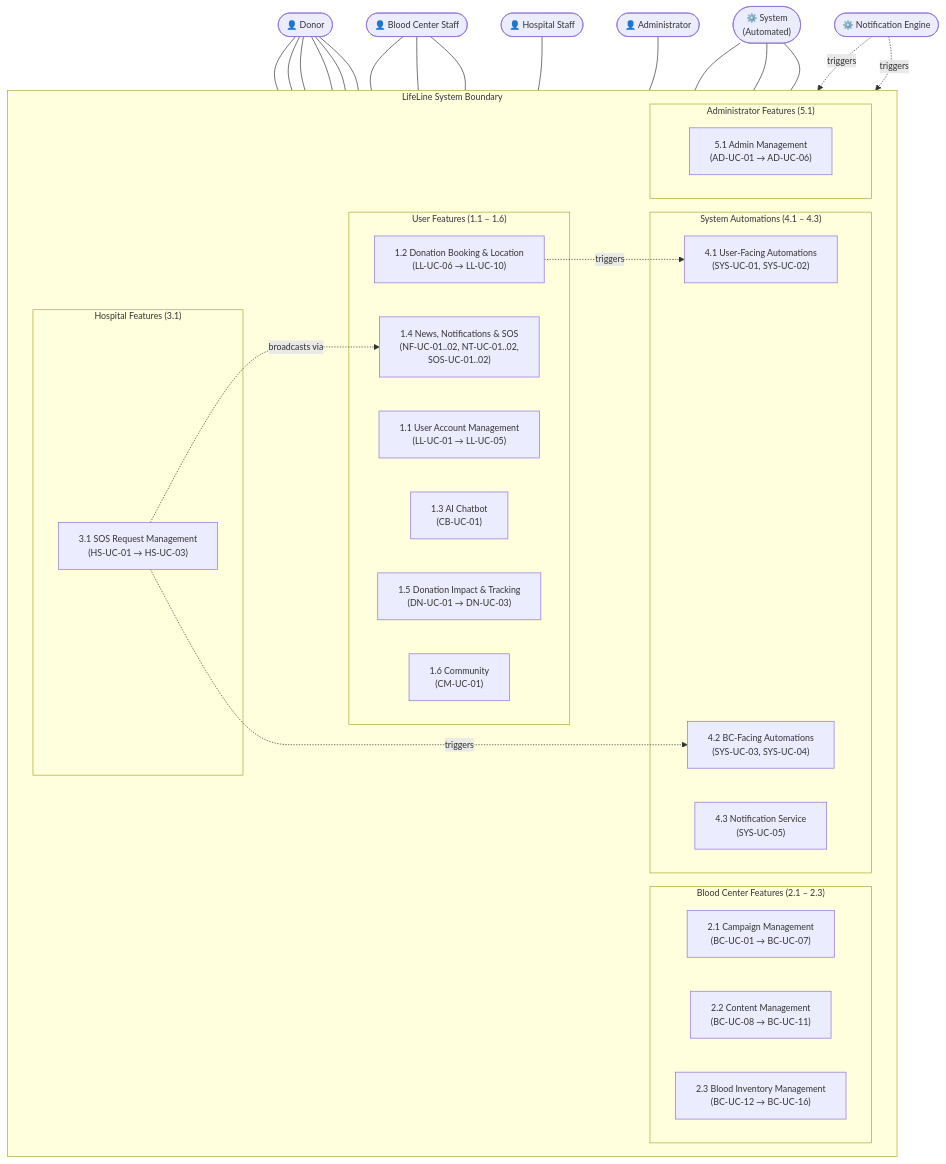
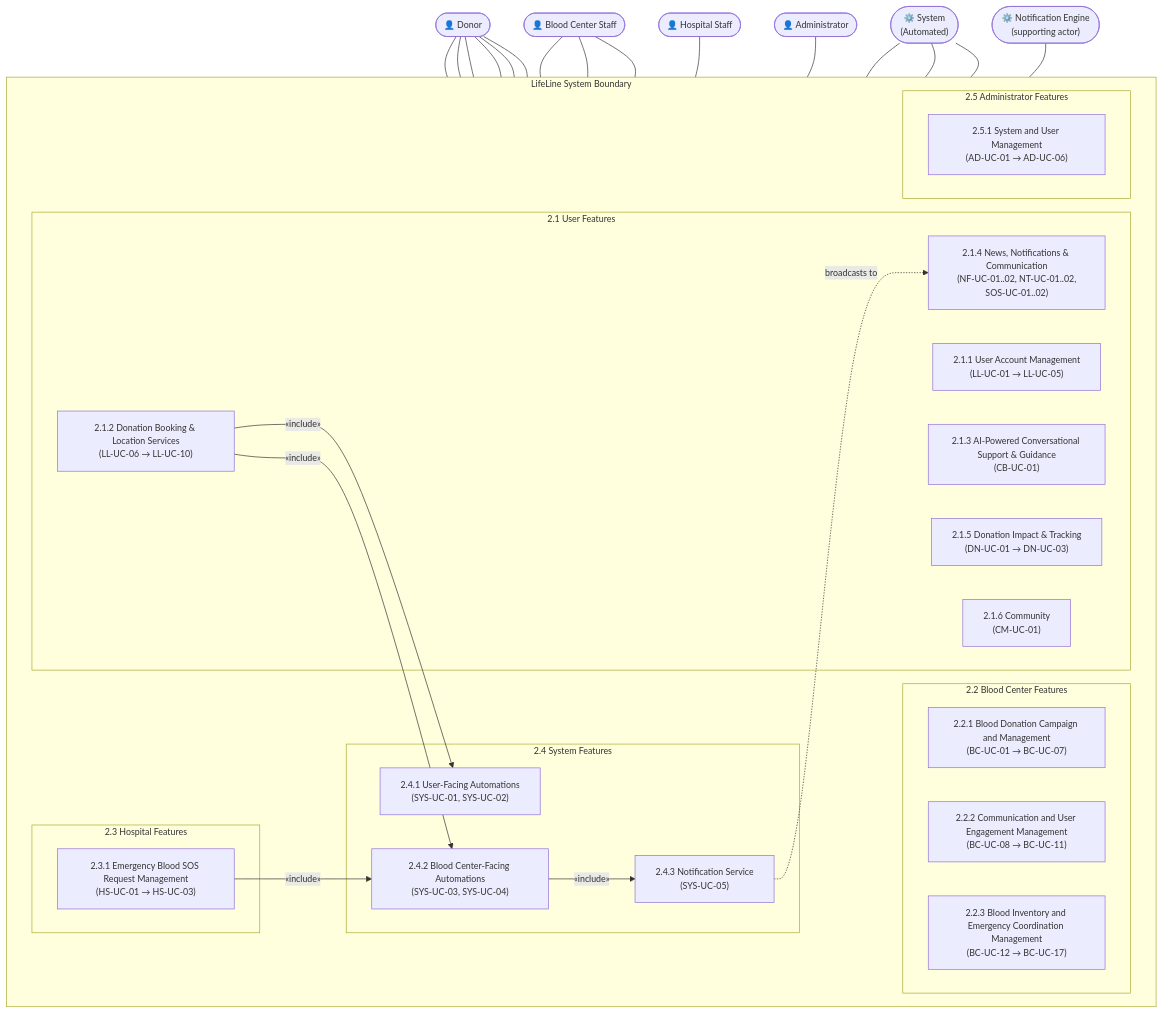
One commit to takiet2410-hub/SE-LifeLine-Project changed the sixth of 6 diagrams in src/StakeholderDocuments/UseCaseSpec.md. Above: the diagram before and after it, drawn with Mermaid. The commit also changed other lines of this file and 3 other files, not shown here.

````diff
--- a/src/StakeholderDocuments/UseCaseSpec.md
+++ b/src/StakeholderDocuments/UseCaseSpec.md
@@ -584,143 +536,74 @@
 ```mermaid
-
 %%{init: {'theme': 'default', 'themeVariables': {'fontSize': '13px'}}}%%
-
 graph TB
 
-    %% ── Actors ──────────────────────────────────────────
+    %% ── Actors ──────────────────────────────────────────
+    Donor(["👤 Donor"])
+    BCS(["👤 Blood Center Staff"])
+    HS(["👤 Hospital Staff"])
+    Admin(["👤 Administrator"])
+    SYS_ACT(["⚙️ System<br>(Automated)"])
+    NE(["⚙️ Notification Engine<br>(supporting actor)"])
 
-    Donor(["👤 Donor"])
+    subgraph LL ["LifeLine System Boundary"]
+        direction LR
 
-    BCS(["👤 Blood Center Staff"])
+        subgraph UF ["2.1 User Features"]
+            UAM["2.1.1 User Account Management<br>(LL-UC-01 → LL-UC-05)"]
+            DBS["2.1.2 Donation Booking & Location Services<br>(LL-UC-06 → LL-UC-10)"]
+            AI["2.1.3 AI-Powered Conversational Support & Guidance<br>(CB-UC-01)"]
+            NNC["2.1.4 News, Notifications & Communication<br>(NF-UC-01..02, NT-UC-01..02,<br>SOS-UC-01..02)"]
+            DIT["2.1.5 Donation Impact & Tracking<br>(DN-UC-01 → DN-UC-03)"]
+            COM["2.1.6 Community<br>(CM-UC-01)"]
+        end
 
-    HS(["👤 Hospital Staff"])
+        subgraph BCF ["2.2 Blood Center Features"]
+            CAM["2.2.1 Blood Donation Campaign and Management<br>(BC-UC-01 → BC-UC-07)"]
+            CMS["2.2.2 Communication and User Engagement Management<br>(BC-UC-08 → BC-UC-11)"]
+            INV["2.2.3 Blood Inventory and Emergency Coordination Management<br>(BC-UC-12 → BC-UC-17)"]
+        end
 
-    Admin(["👤 Administrator"])
+        subgraph HSF ["2.3 Hospital Features"]
+            SOSM["2.3.1 Emergency Blood SOS Request Management<br>(HS-UC-01 → HS-UC-03)"]
+        end
 
-    SYS_ACT(["⚙️ System<br>(Automated)"])
+        subgraph SYSF ["2.4 System Features"]
+            UFA["2.4.1 User-Facing Automations<br>(SYS-UC-01, SYS-UC-02)"]
+            BCA["2.4.2 Blood Center-Facing Automations<br>(SYS-UC-03, SYS-UC-04)"]
+            NOTIF["2.4.3 Notification Service<br>(SYS-UC-05)"]
+        end
 
-    NE(["⚙️ Notification Engine"])
+        subgraph ADMF ["2.5 Administrator Features"]
+            ADMG["2.5.1 System and User Management<br>(AD-UC-01 → AD-UC-06)"]
+        end
+    end
 
-  
+    %% ── Actor → Feature Group ───────────────────────────
+    Donor --- UAM
+    Donor --- DBS
+    Donor --- AI
+    Donor --- NNC
+    Donor --- DIT
+    Donor --- COM
 
-    subgraph LL ["LifeLine System Boundary"]
+    BCS --- CAM
+    BCS --- CMS
+    BCS --- INV
 
-        direction LR
+    HS --- SOSM
 
-  
+    Admin --- ADMG
 
-        subgraph UF ["User Features (1.1 – 1.6)"]
-
-            UAM["1.1 User Account Management<br>(LL-UC-01 → LL-UC-05)"]
-
-            DBS["1.2 Donation Booking & Location<br>(LL-UC-06 → LL-UC-10)"]
-
-            AI["1.3 AI Chatbot<br>(CB-UC-01)"]
-
-            NNC["1.4 News, Notifications & SOS<br>(NF-UC-01..02, NT-UC-01..02,<br>SOS-UC-01..02)"]
-
-            DIT["1.5 Donation Impact & Tracking<br>(DN-UC-01 → DN-UC-03)"]
-
-            COM["1.6 Community<br>(CM-UC-01)"]
-
-        end
-
-  
-
-        subgraph BCF ["Blood Center Features (2.1 – 2.3)"]
-
-            CAM["2.1 Campaign Management<br>(BC-UC-01 → BC-UC-07)"]
-
-            CMS["2.2 Content Management<br>(BC-UC-08 → BC-UC-11)"]
-
-            INV["2.3 Blood Inventory Management<br>(BC-UC-12 → BC-UC-16)"]
-
-        end
-
-  
-
-        subgraph HSF ["Hospital Features (3.1)"]
-
-            SOSM["3.1 SOS Request Management<br>(HS-UC-01 → HS-UC-03)"]
-
-        end
-
-  
-
-        subgraph SYSF ["System Automations (4.1 – 4.3)"]
-
-            UFA["4.1 User-Facing Automations<br>(SYS-UC-01, SYS-UC-02)"]
-
-            BCA["4.2 BC-Facing Automations<br>(SYS-UC-03, SYS-UC-04)"]
-
-            NOTIF["4.3 Notification Service<br>(SYS-UC-05)"]
-
-        end
-
-  
-
-        subgraph ADMF ["Administrator Features (5.1)"]
-
-            ADMG["5.1 Admin Management<br>(AD-UC-01 → AD-UC-06)"]
-
-        end
-
-    end
-
-  
-
-    %% ── Actor → Feature Group ───────────────────────────
-
-    Donor --- UAM
-
-    Donor --- DBS
-
-    Donor --- AI
-
-    Donor --- NNC
-
-    Donor --- DIT
-
-    Donor --- COM
-
-  
-
-    BCS --- CAM
-
-    BCS --- CMS
-
-    BCS --- INV
-
-  
-
-    HS --- SOSM
-
-  
-
-    Admin --- ADMG
-
-  
-
-    SYS_ACT --- UFA
-
-    SYS_ACT --- BCA
-
+    SYS_ACT --- UFA
+    SYS_ACT --- BCA
     SYS_ACT --- NOTIF
 
-  
+    NE --- NNC
 
-    NE -. "triggers" .-> NNC
-
-    NE -. "triggers" .-> SOSM
-
-  
-
-    %% ── Cross-group dependencies ────────────────────────
-
-    DBS -. "triggers" .-> UFA
-
-    SOSM -. "triggers" .-> BCA
-
-    SOSM -. "broadcasts via" .-> NNC
-
+    %% ── Cross-group dependencies (per «include»/related-UC relations) ──
+    DBS -- "«include»" --> UFA
+    DBS -- "«include»" --> BCA
+    SOSM -- "«include»" --> BCA
+    BCA -- "«include»" --> NOTIF
+    NOTIF -. "broadcasts to" .-> NNC
 ```
````
